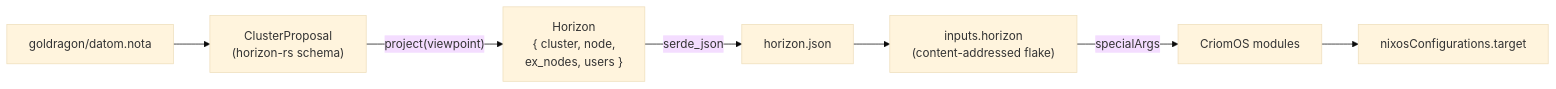
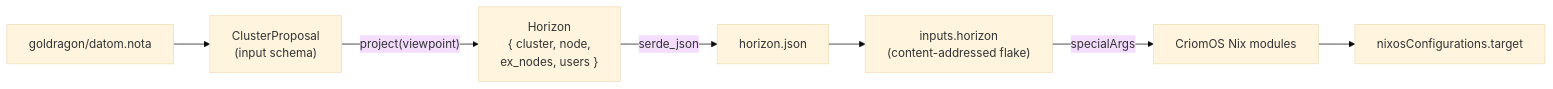
One commit to LiGoldragon/primary changed the diagram in reports/system-assistant/12-horizon-re-engineering-combined-audit.md. Above: the diagram before and after it, drawn with Mermaid (base theme). The commit also changed other lines of this file, not shown here.

Commit message:
system-assistant: report 12 rewrite — input/output boundary split

````diff
--- a/reports/system-assistant/12-horizon-re-engineering-combined-audit.md
+++ b/reports/system-assistant/12-horizon-re-engineering-combined-audit.md
@@ -45,9 +52,9 @@
 ```mermaid
 flowchart LR
-  D["goldragon/datom.nota"] --> P["ClusterProposal\n(horizon-rs schema)"]
+  D["goldragon/datom.nota"] --> P["ClusterProposal\n(input schema)"]
   P -->|"project(viewpoint)"| H["Horizon\n{ cluster, node,\n  ex_nodes, users }"]
-  H -->|"serde_json"| J["horizon.json"]
+  H -->|serde_json| J["horizon.json"]
   J --> F["inputs.horizon\n(content-addressed flake)"]
-  F -->|specialArgs| M["CriomOS modules"]
+  F -->|specialArgs| M["CriomOS Nix modules"]
   M --> N["nixosConfigurations.target"]
 ```
````
